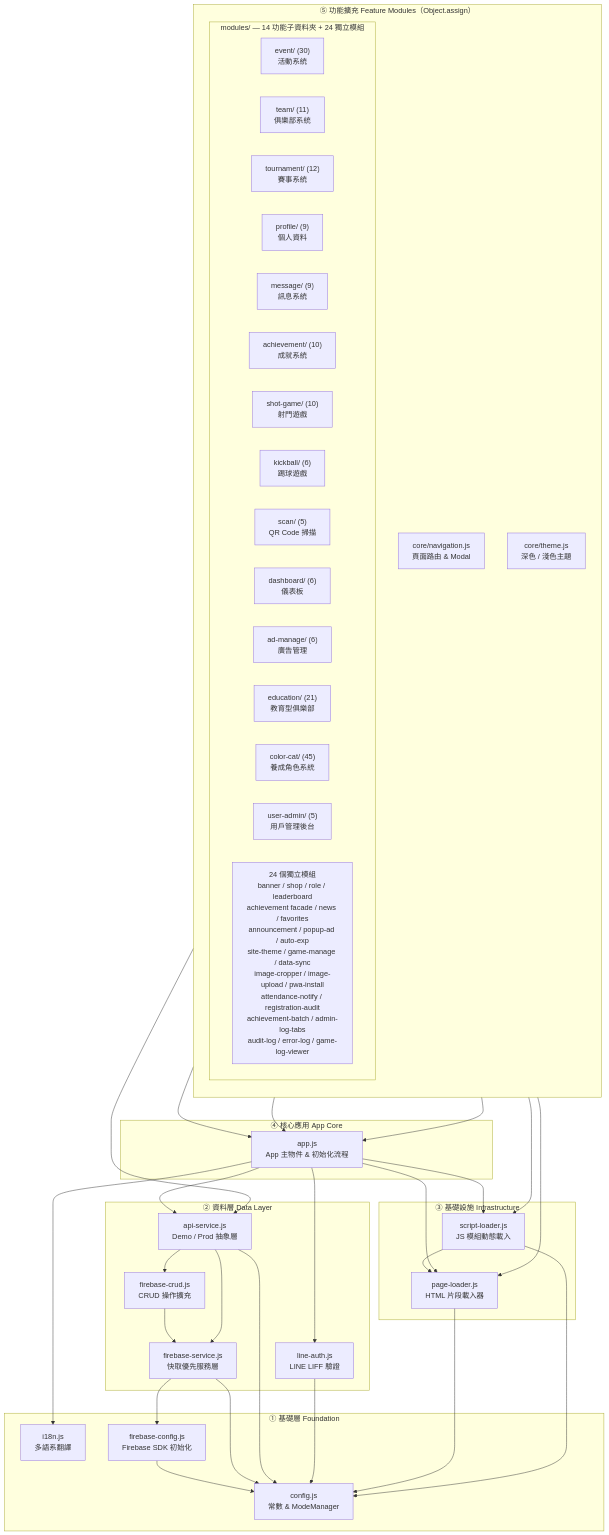
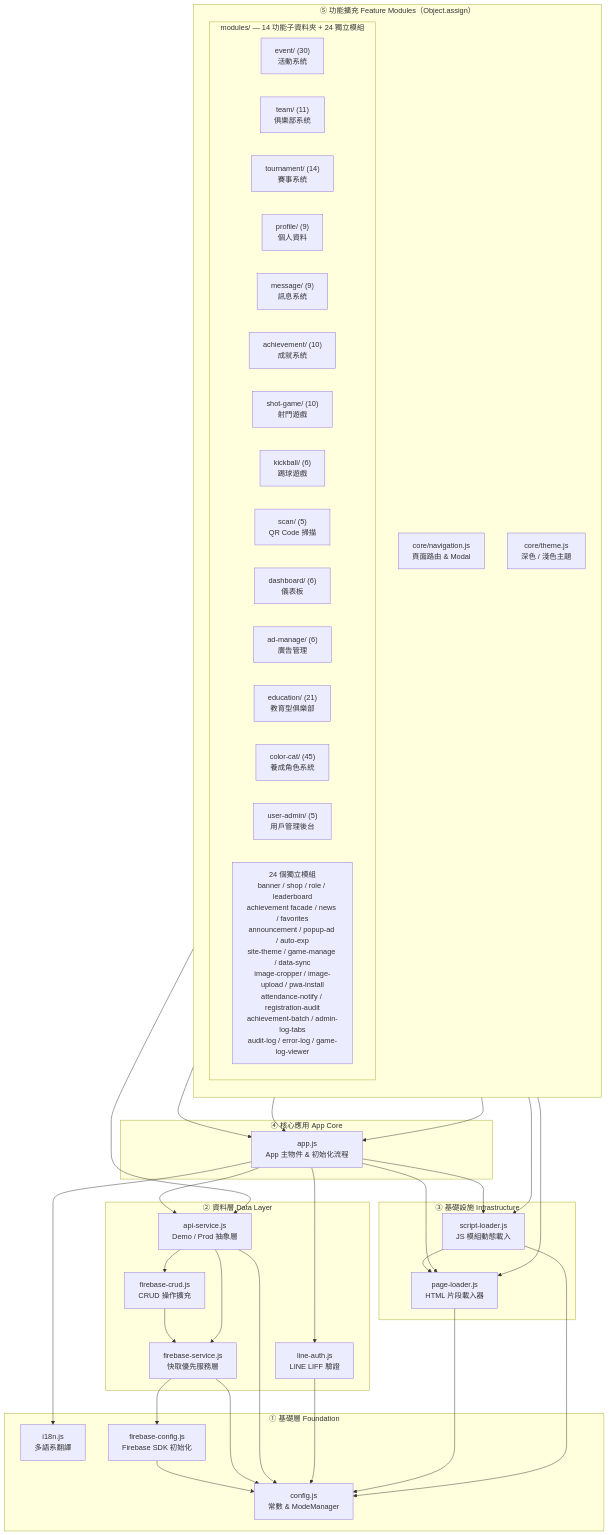
One commit to msw2004727/FC changed the first of 2 diagrams in docs/architecture.md. Above: the diagram before and after it, drawn with Mermaid. The commit also changed other lines of this file and 20 other files, not shown here.

````diff
--- a/docs/architecture.md
+++ b/docs/architecture.md
@@ -13,80 +13,80 @@
 ```mermaid
 flowchart TD
     subgraph F["① 基礎層 Foundation"]
         CONFIG["config.js\n常數 & ModeManager"]
         I18N["i18n.js\n多語系翻譯"]
         FB_CFG["firebase-config.js\nFirebase SDK 初始化"]
     end
 
     subgraph D["② 資料層 Data Layer"]
         FB_SVC["firebase-service.js\n快取優先服務層"]
         FB_CRUD["firebase-crud.js\nCRUD 操作擴充"]
         API["api-service.js\nDemo / Prod 抽象層"]
         LINE["line-auth.js\nLINE LIFF 驗證"]
     end
 
     subgraph I["③ 基礎設施 Infrastructure"]
         PAGE_LDR["page-loader.js\nHTML 片段載入器"]
         SCRPT_LDR["script-loader.js\nJS 模組動態載入"]
     end
 
     subgraph C["④ 核心應用 App Core"]
         APP["app.js\nApp 主物件 & 初始化流程"]
     end
 
     subgraph E["⑤ 功能擴充 Feature Modules（Object.assign）"]
         direction TB
         NAV["core/navigation.js\n頁面路由 & Modal"]
         THEME["core/theme.js\n深色 / 淺色主題"]
 
         subgraph MODS["modules/ — 14 功能子資料夾 + 24 獨立模組"]
             EVT["event/ (30)\n活動系統"]
             TEAM["team/ (11)\n俱樂部系統"]
-            TOUR["tournament/ (12)\n賽事系統"]
+            TOUR["tournament/ (14)\n賽事系統"]
             PROF["profile/ (9)\n個人資料"]
             MSG["message/ (9)\n訊息系統"]
             ACH["achievement/ (10)\n成就系統"]
             SHOT["shot-game/ (10)\n射門遊戲"]
             KICK["kickball/ (6)\n踢球遊戲"]
             SCAN["scan/ (5)\nQR Code 掃描"]
             DASH["dashboard/ (6)\n儀表板"]
             ADMG["ad-manage/ (6)\n廣告管理"]
             EDU["education/ (21)\n教育型俱樂部"]
             CCAT["color-cat/ (45)\n養成角色系統"]
             UADM["user-admin/ (5)\n用戶管理後台"]
             STANDALONE["24 個獨立模組\nbanner / shop / role / leaderboard\nachievement facade / news / favorites\nannouncement / popup-ad / auto-exp\nsite-theme / game-manage / data-sync\nimage-cropper / image-upload / pwa-install\nattendance-notify / registration-audit\nachievement-batch / admin-log-tabs\naudit-log / error-log / game-log-viewer"]
         end
     end
 
     %% Foundation 內部依賴
     FB_CFG --> CONFIG
 
     %% 資料層依賴
     FB_SVC --> CONFIG
     FB_SVC --> FB_CFG
     FB_CRUD --> FB_SVC
     API --> CONFIG
     API --> FB_SVC
     API --> FB_CRUD
     LINE --> CONFIG
 
     %% 基礎設施依賴
     PAGE_LDR --> CONFIG
     SCRPT_LDR --> CONFIG
     SCRPT_LDR --> PAGE_LDR
 
     %% App Core 依賴
     APP --> API
     APP --> LINE
     APP --> PAGE_LDR
     APP --> SCRPT_LDR
     APP --> I18N
 
     %% 功能擴充（Object.assign → App）
     NAV --> APP
     NAV --> PAGE_LDR
     NAV --> SCRPT_LDR
     THEME --> APP
     MODS --> APP
     MODS --> API
 ```
````
